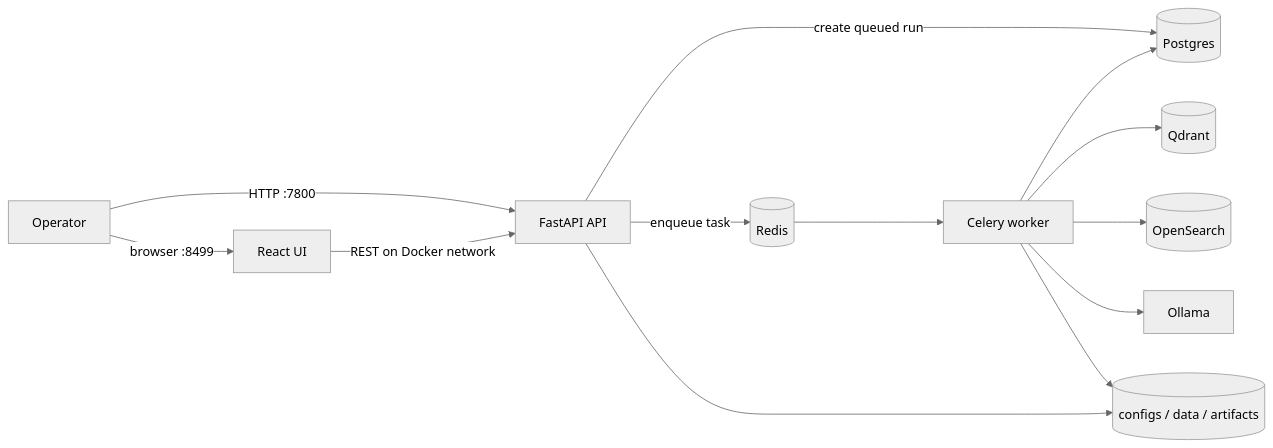
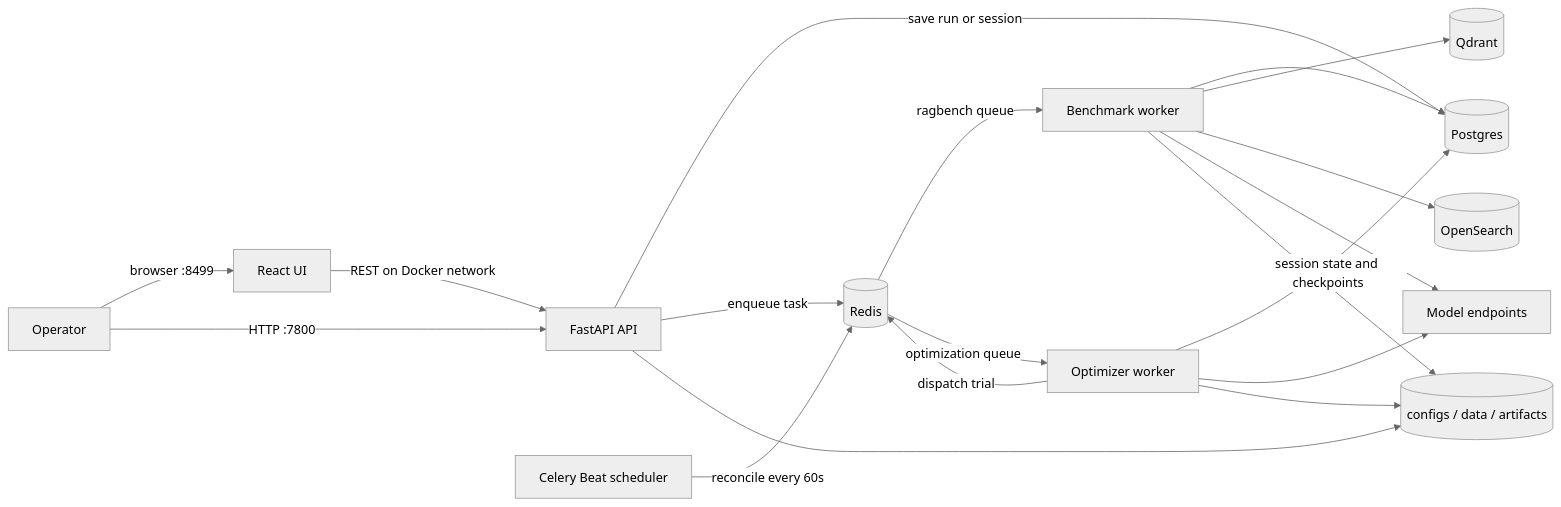
One commit to icpinto/RAG-benchmark changed the first of 4 diagrams in docs/platform-flow.md. Above: the diagram before and after it, drawn with Mermaid (neutral theme). The commit also changed other lines of this file and 4 other files, not shown here.

Commit message:
docs: Update documentation for running the platform, Auto Optimize, and platform flow

````diff
--- a/docs/platform-flow.md
+++ b/docs/platform-flow.md
@@ -19,15 +22,21 @@
 ```mermaid
 flowchart LR
     Operator[Operator] -->|browser :8499| UI[React UI]
     Operator -->|HTTP :7800| API[FastAPI API]
     UI -->|REST on Docker network| API
-    API -->|create queued run| PG[(Postgres)]
+    API -->|save run or session| PG[(Postgres)]
     API -->|enqueue task| Redis[(Redis)]
-    Redis --> Worker[Celery worker]
+    Redis -->|ragbench queue| Worker[Benchmark worker]
+    Redis -->|optimization queue| Optimizer[Optimizer worker]
+    Scheduler[Celery Beat scheduler] -->|reconcile every 60s| Redis
+    Optimizer -->|dispatch trial| Redis
+    Optimizer -->|session state and checkpoints| PG
+    Optimizer --> Models[Model endpoints]
+    Optimizer --> Shared[(configs / data / artifacts)]
     Worker --> PG
     Worker --> Qdrant[(Qdrant)]
     Worker --> OpenSearch[(OpenSearch)]
-    Worker --> Ollama[Ollama]
-    Worker --> Shared[(configs / data / artifacts)]
+    Worker --> Models
+    Worker --> Shared
     API --> Shared
 ```
````
